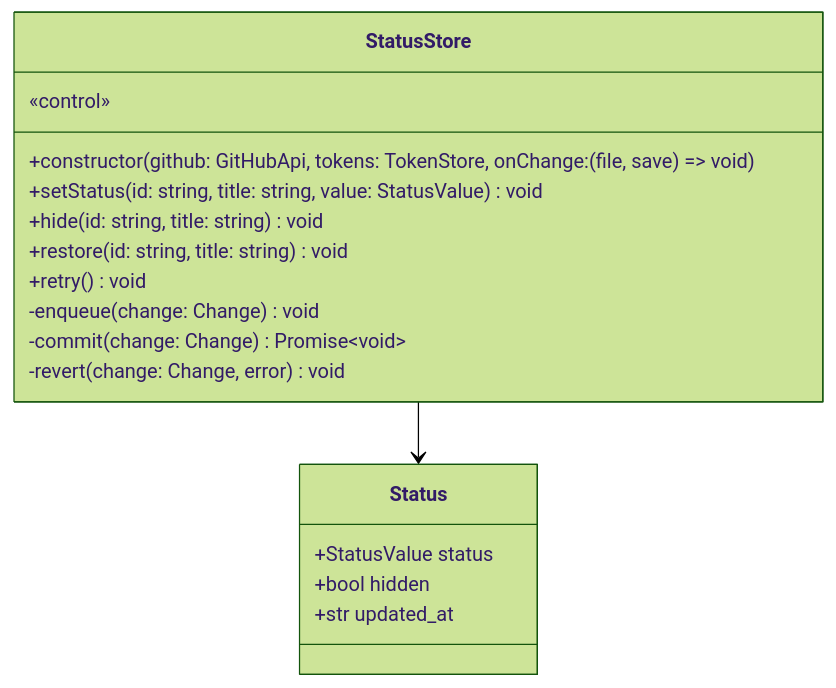
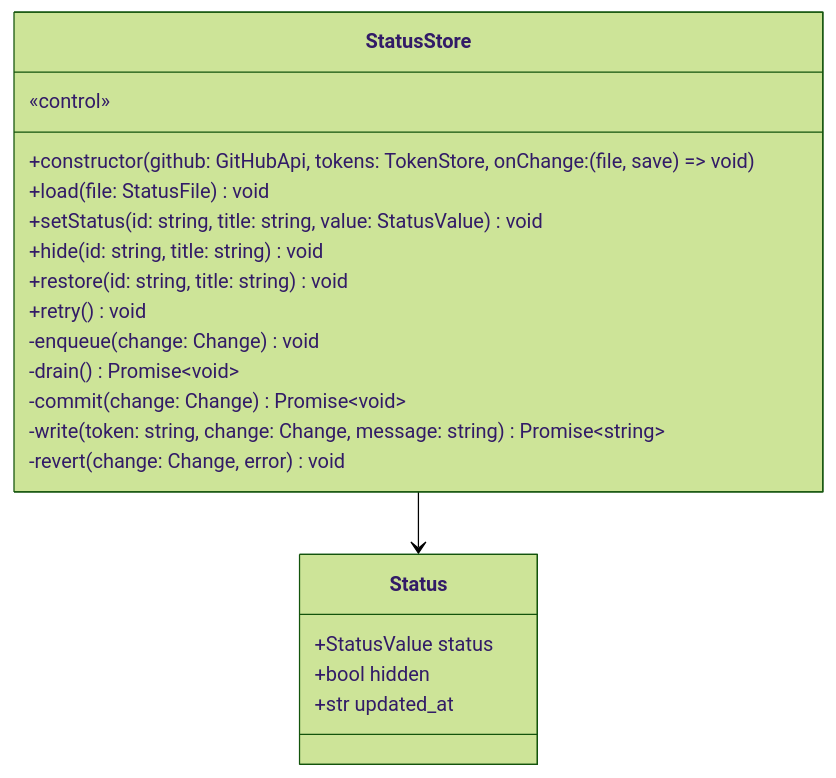
Before and after one commit to HoyoungParkme/competition-crawler: diagram 18 of 18 in docs/specs/06-DOM/CCR-DOM-002.md, drawn with Mermaid (forest theme). The commit also changed other lines of this file, not shown here.

Commit message:
spec(DOM-002): 페이지 명세를 코드에 맞춤 — Change·SaveState/SaveError·Filters·STATUS_LABEL·StatusStore.load·Row 자리, 응답 sha는 기억하지 않음, sortByDeadline의 today 인자 뺌(사용자 결정, CODE-001 4장)

````diff
--- a/docs/specs/06-DOM/CCR-DOM-002.md
+++ b/docs/specs/06-DOM/CCR-DOM-002.md
@@ -946,20 +950,23 @@
 ```mermaid
 classDiagram
     class StatusStore {
         «control»
         +constructor(github: GitHubApi, tokens: TokenStore, onChange: (file, save) => void)
+        +load(file: StatusFile) void
         +setStatus(id: string, title: string, value: StatusValue) void
         +hide(id: string, title: string) void
         +restore(id: string, title: string) void
         +retry() void
         -enqueue(change: Change) void
+        -drain() Promise~void~
         -commit(change: Change) Promise~void~
+        -write(token: string, change: Change, message: string) Promise~string~
         -revert(change: Change, error) void
     }
     class Status {
         +StatusValue status
         +bool hidden
         +str updated_at
     }
     StatusStore --> Status
 ```
````
